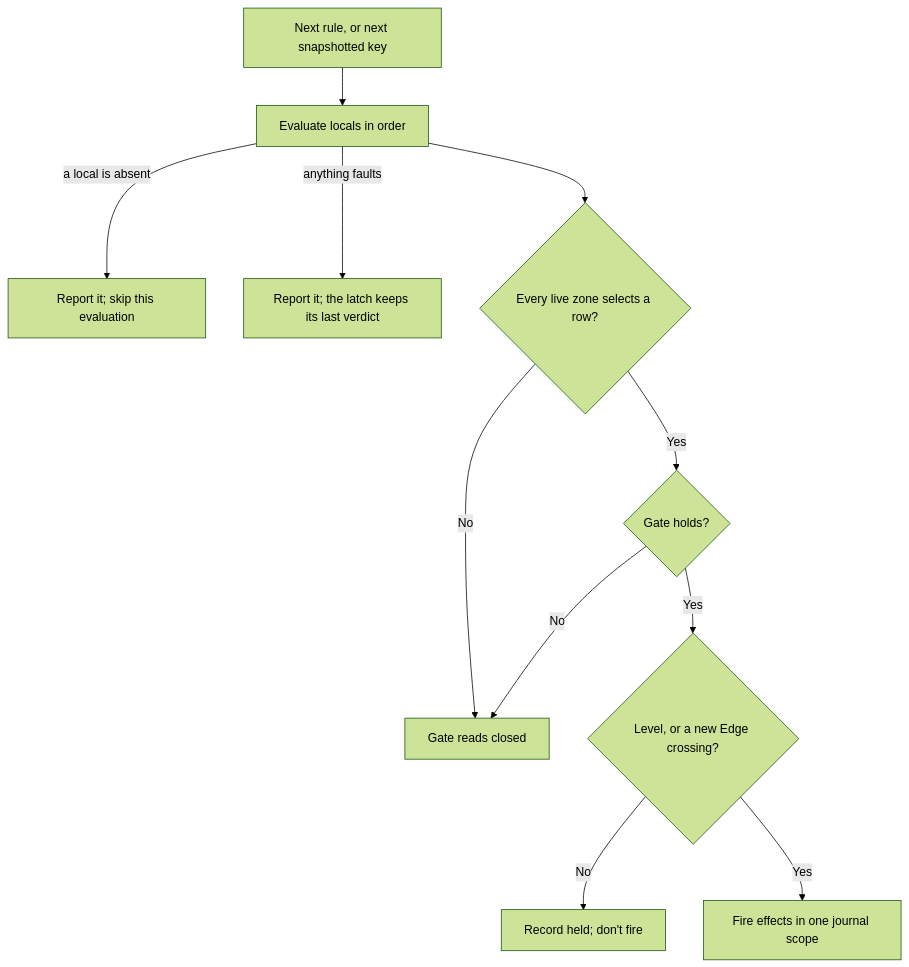
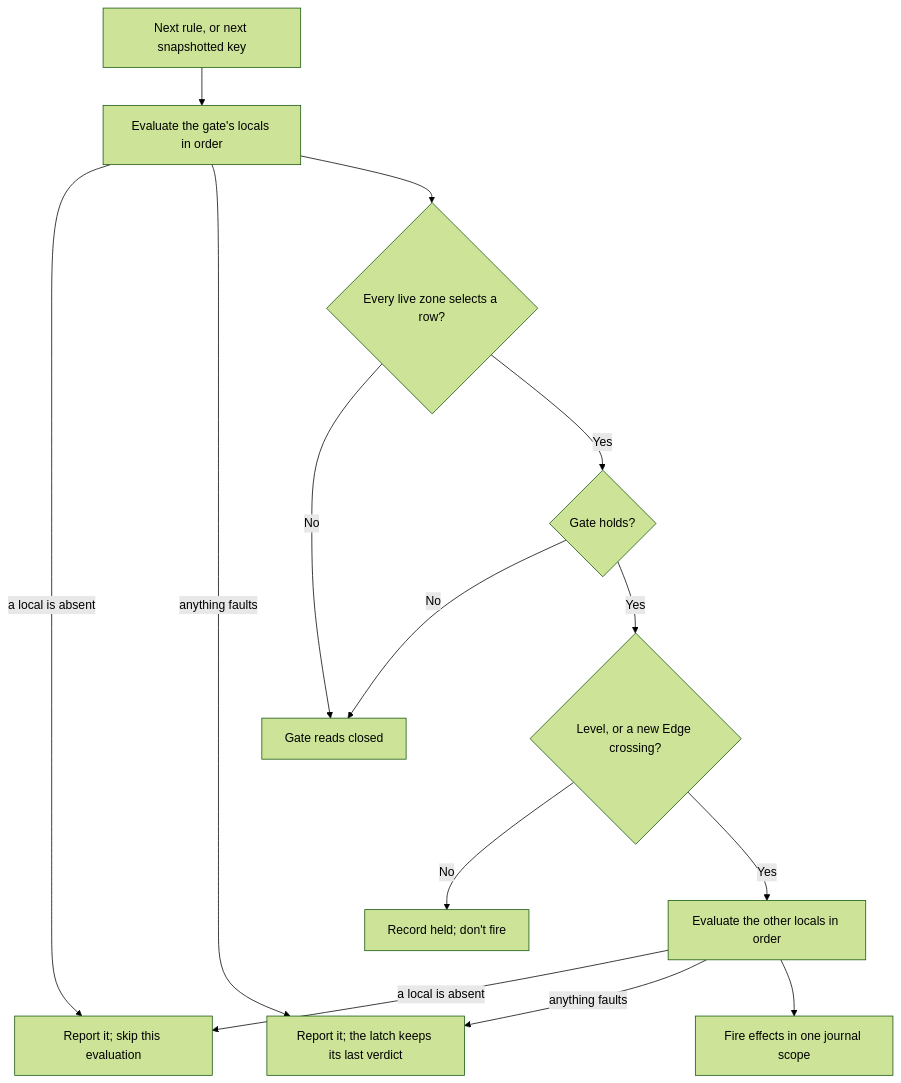
The first of 2 diagrams in docs/reference/state/rules.md (ByteTerrace/Puck), drawn with Mermaid (forest theme) before and after one commit. The commit also changed other lines of this file and 7 other files, not shown here.

First line of the commit message:
state: document the gate-first judgement, input and clock versions and the order-aware writer discount

````diff
--- a/docs/reference/state/rules.md
+++ b/docs/reference/state/rules.md
@@ -232,13 +232,16 @@
 ```mermaid
 flowchart TD
-    Start["Next rule, or next snapshotted key"] --> Locals["Evaluate locals in order"]
+    Start["Next rule, or next snapshotted key"] --> Locals["Evaluate the gate's locals in order"]
     Locals -->|a local is absent| Idle["Report it; skip this evaluation"]
     Locals -->|anything faults| Hold["Report it; the latch keeps its last verdict"]
     Locals --> Zones{"Every live zone selects a row?"}
     Zones -- No --> Closed["Gate reads closed"]
     Zones -- Yes --> Gate{"Gate holds?"}
     Gate -- No --> Closed
     Gate -- Yes --> Mode{"Level, or a new Edge crossing?"}
     Mode -- No --> Held["Record held; don't fire"]
-    Mode -- Yes --> Fire["Fire effects in one journal scope"]
+    Mode -- Yes --> Deferred["Evaluate the other locals in order"]
+    Deferred -->|a local is absent| Idle
+    Deferred -->|anything faults| Hold
+    Deferred --> Fire["Fire effects in one journal scope"]
 ```
````
